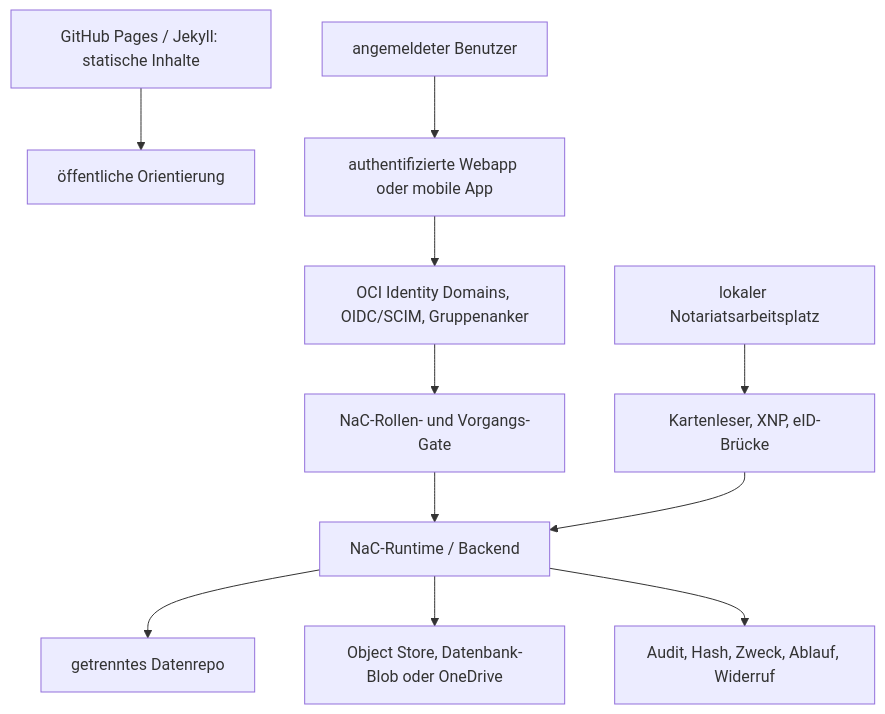
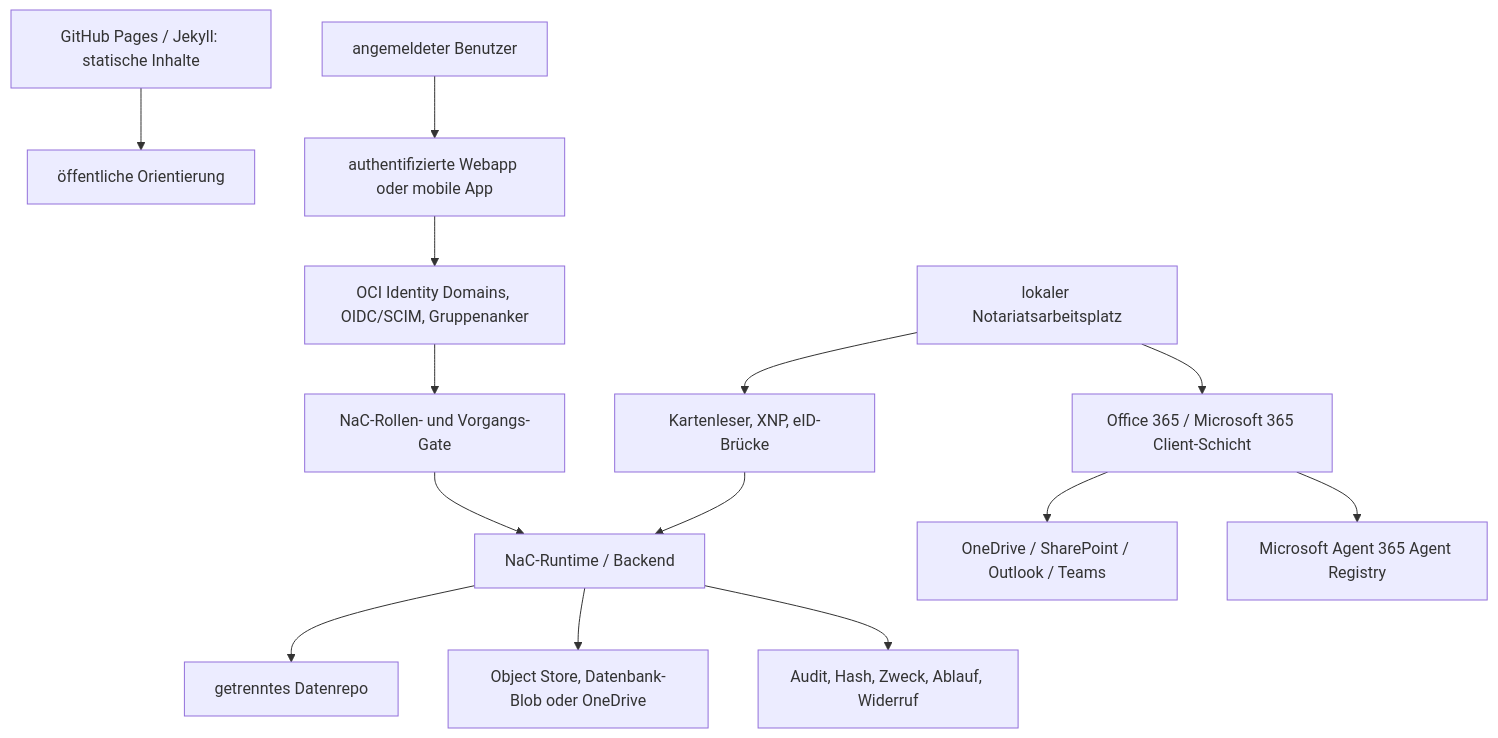
Before and after one commit to notariat8/NaC: the diagram in docs/de/authenticated-webapp-operating-model.md, drawn with Mermaid. The commit also changed other lines of this file and 4 other files, not shown here.

Commit message:
docs: add Office 365 agent registry target architecture

````diff
--- a/docs/de/authenticated-webapp-operating-model.md
+++ b/docs/de/authenticated-webapp-operating-model.md
@@ -29,13 +29,16 @@
 ```mermaid
 flowchart TD
     Static["GitHub Pages / Jekyll: statische Inhalte"] --> Public["öffentliche Orientierung"]
     User["angemeldeter Benutzer"] --> AuthApp["authentifizierte Webapp oder mobile App"]
     AuthApp --> OciIdp["OCI Identity Domains, OIDC/SCIM, Gruppenanker"]
     OciIdp --> NacRole["NaC-Rollen- und Vorgangs-Gate"]
     NacRole --> Runtime["NaC-Runtime / Backend"]
     Runtime --> DataRepo["getrenntes Datenrepo"]
     Runtime --> Storage["Object Store, Datenbank-Blob oder OneDrive"]
     Runtime --> Audit["Audit, Hash, Zweck, Ablauf, Widerruf"]
+    Workstation --> O365["Office 365 / Microsoft 365 Client-Schicht"]
+    O365 --> OneDrive["OneDrive / SharePoint / Outlook / Teams"]
+    O365 --> AgentRegistry["Microsoft Agent 365 Agent Registry"]
     Workstation["lokaler Notariatsarbeitsplatz"] --> Card["Kartenleser, XNP, eID-Brücke"]
     Card --> Runtime
 ```
````
